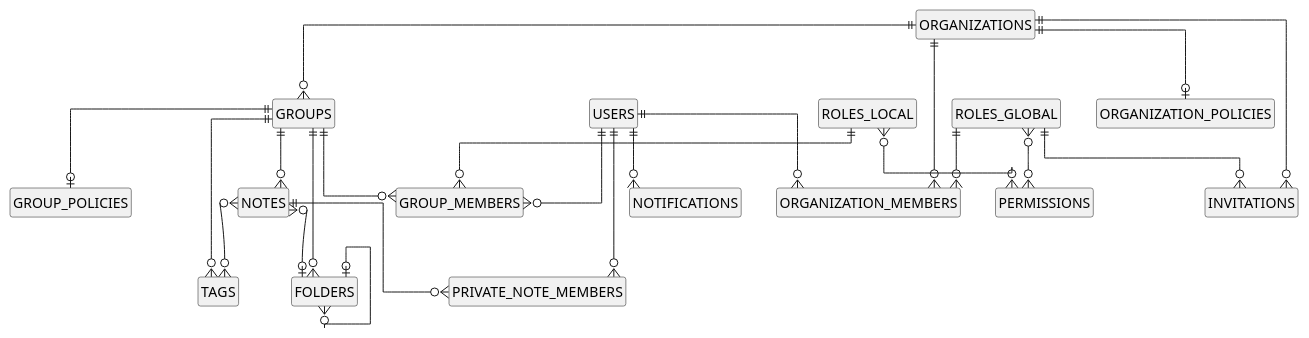
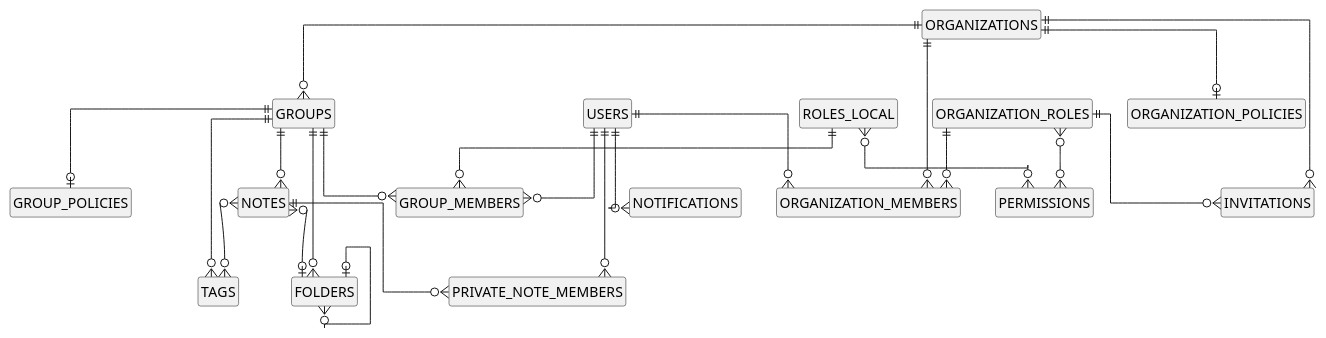
The diagram in docs/diagrams/er-overview.puml (yasunobu-nonaka/nextjs-flask-labnoteapp), drawn with PlantUML before and after one commit. The commit also changed 17 other files, not shown here.

```diff
--- a/docs/diagrams/er-overview.puml
+++ b/docs/diagrams/er-overview.puml
@@ -1,54 +1,54 @@
 @startuml overview
 skinparam backgroundColor white
 skinparam linetype ortho
 hide circle
 hide empty methods
 hide empty members
 hide members
 
 entity "USERS" as USERS
 entity "ORGANIZATIONS" as ORGANIZATIONS
 entity "ORGANIZATION_MEMBERS" as ORGANIZATION_MEMBERS
 entity "ORGANIZATION_POLICIES" as ORGANIZATION_POLICIES
 entity "GROUPS" as GROUPS
 entity "GROUP_MEMBERS" as GROUP_MEMBERS
 entity "GROUP_POLICIES" as GROUP_POLICIES
 entity "NOTES" as NOTES
 entity "PRIVATE_NOTE_MEMBERS" as PRIVATE_NOTE_MEMBERS
 entity "TAGS" as TAGS
 entity "FOLDERS" as FOLDERS
 entity "INVITATIONS" as INVITATIONS
 entity "NOTIFICATIONS" as NOTIFICATIONS
-entity "ROLES_GLOBAL" as ROLES_GLOBAL
+entity "ORGANIZATION_ROLES" as ORGANIZATION_ROLES
 entity "ROLES_LOCAL" as ROLES_LOCAL
 entity "PERMISSIONS" as PERMISSIONS
 
 USERS ||--o{ ORGANIZATION_MEMBERS
 USERS ||--o{ GROUP_MEMBERS
 USERS ||--o{ PRIVATE_NOTE_MEMBERS
 USERS ||--o{ NOTIFICATIONS
 
 ORGANIZATIONS ||--o{ ORGANIZATION_MEMBERS
 ORGANIZATIONS ||--o| ORGANIZATION_POLICIES
 ORGANIZATIONS ||--o{ GROUPS
 ORGANIZATIONS ||--o{ INVITATIONS
 
-ROLES_GLOBAL ||--o{ ORGANIZATION_MEMBERS
-ROLES_GLOBAL ||--o{ INVITATIONS
-ROLES_GLOBAL }o--o{ PERMISSIONS
+ORGANIZATION_ROLES ||--o{ ORGANIZATION_MEMBERS
+ORGANIZATION_ROLES ||--o{ INVITATIONS
+ORGANIZATION_ROLES }o--o{ PERMISSIONS
 
 GROUPS ||--o{ GROUP_MEMBERS
 GROUPS ||--o| GROUP_POLICIES
 GROUPS ||--o{ NOTES
 GROUPS ||--o{ FOLDERS
 GROUPS ||--o{ TAGS
 
 ROLES_LOCAL ||--o{ GROUP_MEMBERS
 ROLES_LOCAL }o--o{ PERMISSIONS
 
 NOTES ||--o{ PRIVATE_NOTE_MEMBERS
 NOTES }o--o{ TAGS
 NOTES }o--o| FOLDERS
 
 FOLDERS |o--o{ FOLDERS
 @enduml
```
